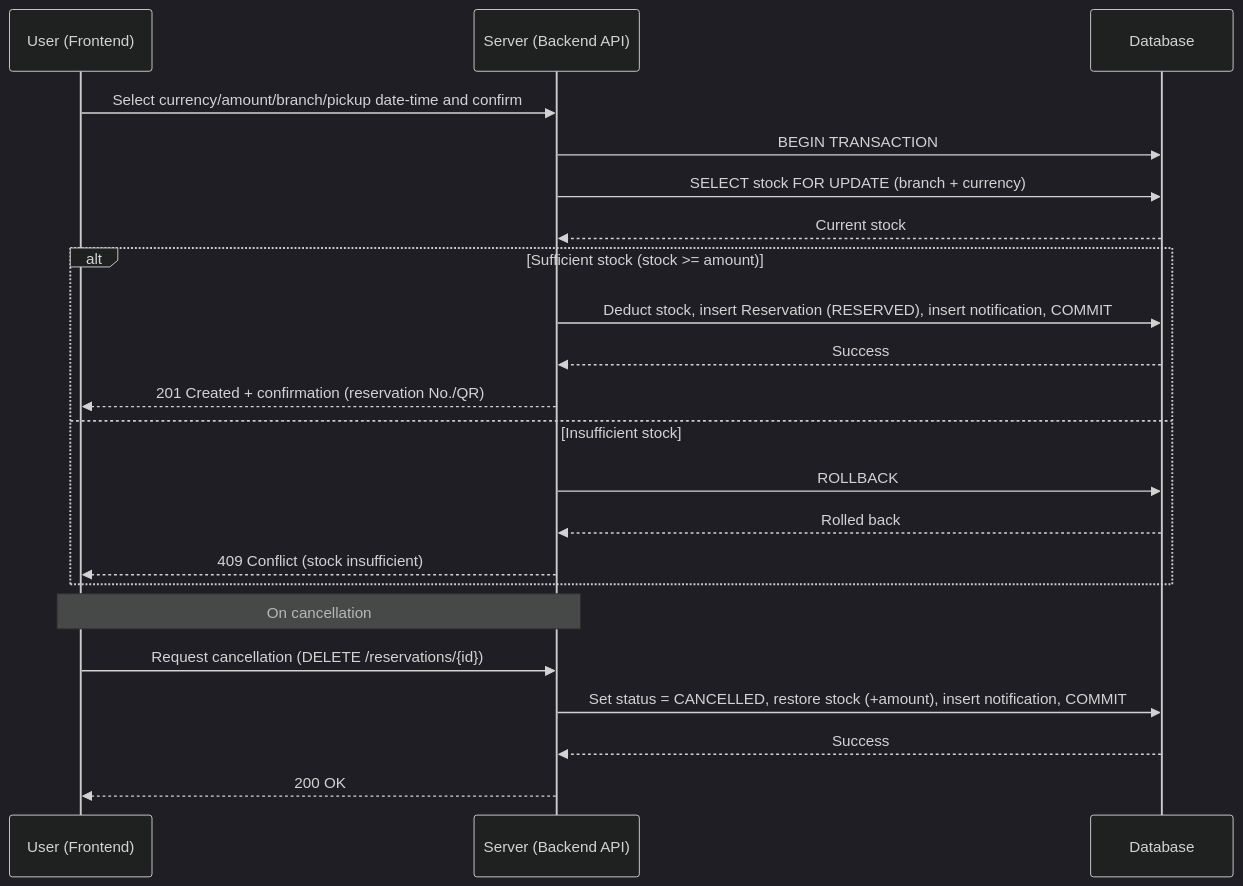
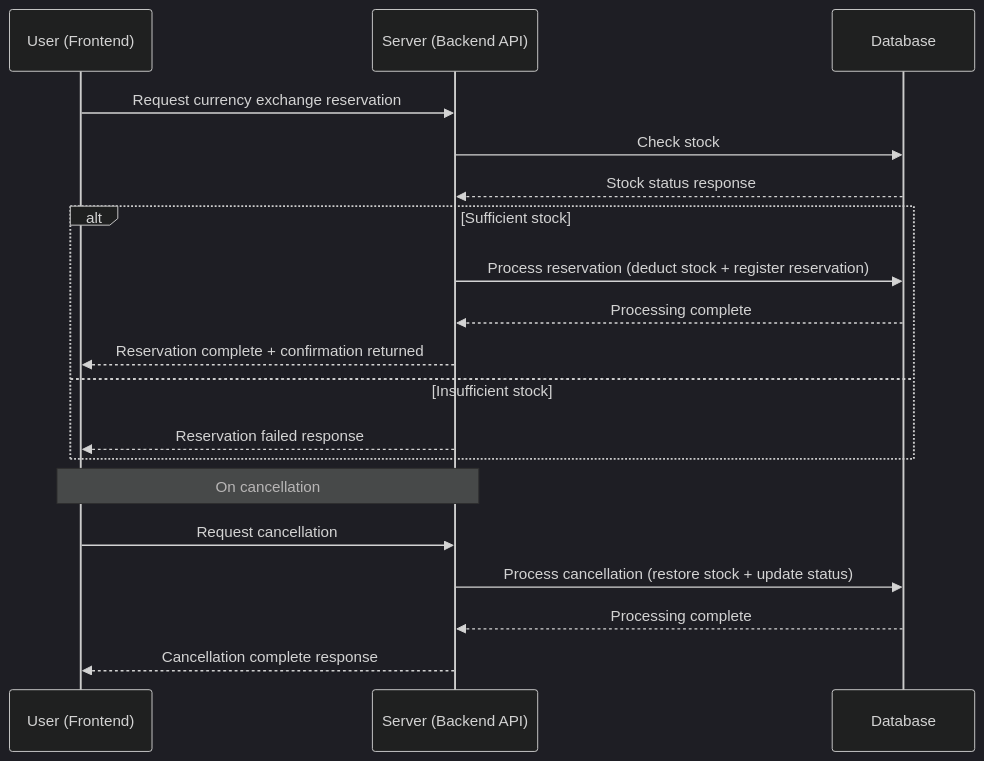
One commit to vietnam-internship/docs changed the second of 2 diagrams in be/Sequence_Diagrams_EN.md. Above: the diagram before and after it, drawn with Mermaid (dark theme). The commit also changed other lines of this file, not shown here.

Commit message:
fix: 피드백 반영

````diff
--- a/be/Sequence_Diagrams_EN.md
+++ b/be/Sequence_Diagrams_EN.md
@@ -29,27 +29,24 @@
 ```mermaid
 sequenceDiagram
     participant User as User (Frontend)
     participant Server as Server (Backend API)
     participant DB as Database
 
-    User->>Server: Select currency/amount/branch/pickup date-time and confirm
-    Server->>DB: BEGIN TRANSACTION
-    Server->>DB: SELECT stock FOR UPDATE (branch + currency)
-    DB-->>Server: Current stock
+    User->>Server: Request currency exchange reservation
+    Server->>DB: Check stock
+    DB-->>Server: Stock status response
 
-    alt Sufficient stock (stock >= amount)
-        Server->>DB: Deduct stock, insert Reservation (RESERVED), insert notification, COMMIT
-        DB-->>Server: Success
-        Server-->>User: 201 Created + confirmation (reservation No./QR)
+    alt Sufficient stock
+        Server->>DB: Process reservation (deduct stock + register reservation)
+        DB-->>Server: Processing complete
+        Server-->>User: Reservation complete + confirmation returned
     else Insufficient stock
-        Server->>DB: ROLLBACK
-        DB-->>Server: Rolled back
-        Server-->>User: 409 Conflict (stock insufficient)
+        Server-->>User: Reservation failed response
     end
 
     Note over User,Server: On cancellation
-    User->>Server: Request cancellation (DELETE /reservations/{id})
-    Server->>DB: Set status = CANCELLED, restore stock (+amount), insert notification, COMMIT
-    DB-->>Server: Success
-    Server-->>User: 200 OK
+    User->>Server: Request cancellation
+    Server->>DB: Process cancellation (restore stock + update status)
+    DB-->>Server: Processing complete
+    Server-->>User: Cancellation complete response
 ```
````
